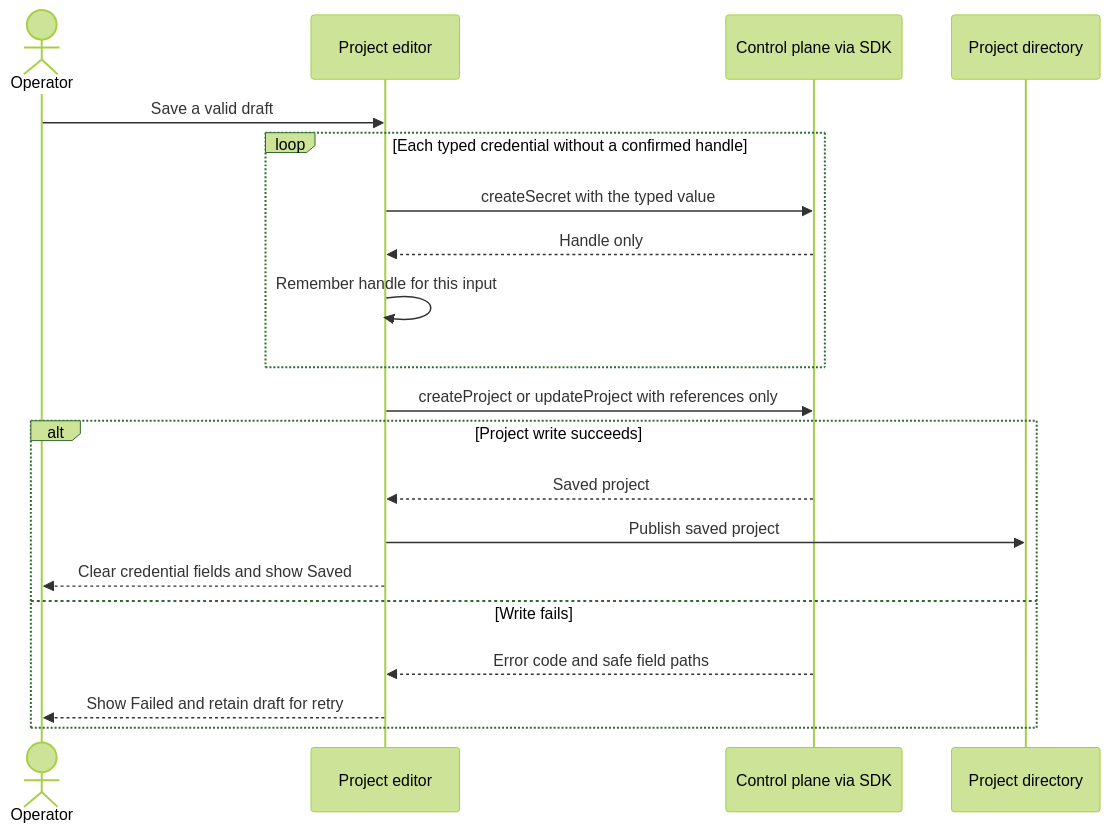
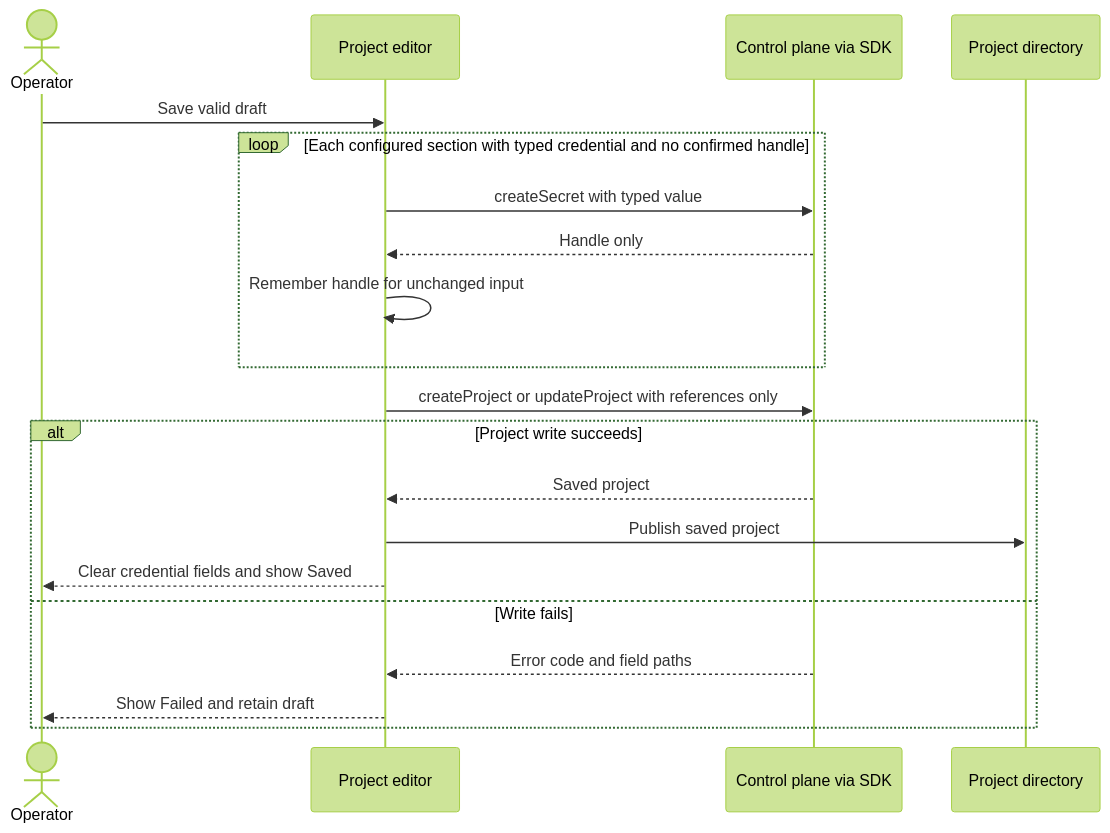
The third of 3 diagrams in context-human/specs/feature-project-and-credential-setup.md (markdstafford/autocatalyst), drawn with Mermaid (forest theme) before and after one commit. The commit also changed other lines of this file, not shown here.

Commit message:
docs: revise feature spec project-and-credential-setup

````diff
--- a/context-human/specs/feature-project-and-credential-setup.md
+++ b/context-human/specs/feature-project-and-credential-setup.md
@@ -172,22 +175,22 @@
 ```mermaid
 sequenceDiagram
   actor Operator
-  participant Form as Project editor
+  participant Editor as Project editor
   participant API as Control plane via SDK
   participant Directory as Project directory
-  Operator->>Form: Save a valid draft
-  loop Each typed credential without a confirmed handle
-    Form->>API: createSecret with the typed value
-    API-->>Form: Handle only
-    Form->>Form: Remember handle for this input
+  Operator->>Editor: Save valid draft
+  loop Each configured section with typed credential and no confirmed handle
+    Editor->>API: createSecret with typed value
+    API-->>Editor: Handle only
+    Editor->>Editor: Remember handle for unchanged input
   end
-  Form->>API: createProject or updateProject with references only
+  Editor->>API: createProject or updateProject with references only
   alt Project write succeeds
-    API-->>Form: Saved project
-    Form->>Directory: Publish saved project
-    Form-->>Operator: Clear credential fields and show Saved
+    API-->>Editor: Saved project
+    Editor->>Directory: Publish saved project
+    Editor-->>Operator: Clear credential fields and show Saved
   else Write fails
-    API-->>Form: Error code and safe field paths
-    Form-->>Operator: Show Failed and retain draft for retry
+    API-->>Editor: Error code and field paths
+    Editor-->>Operator: Show Failed and retain draft
   end
 ```
````
